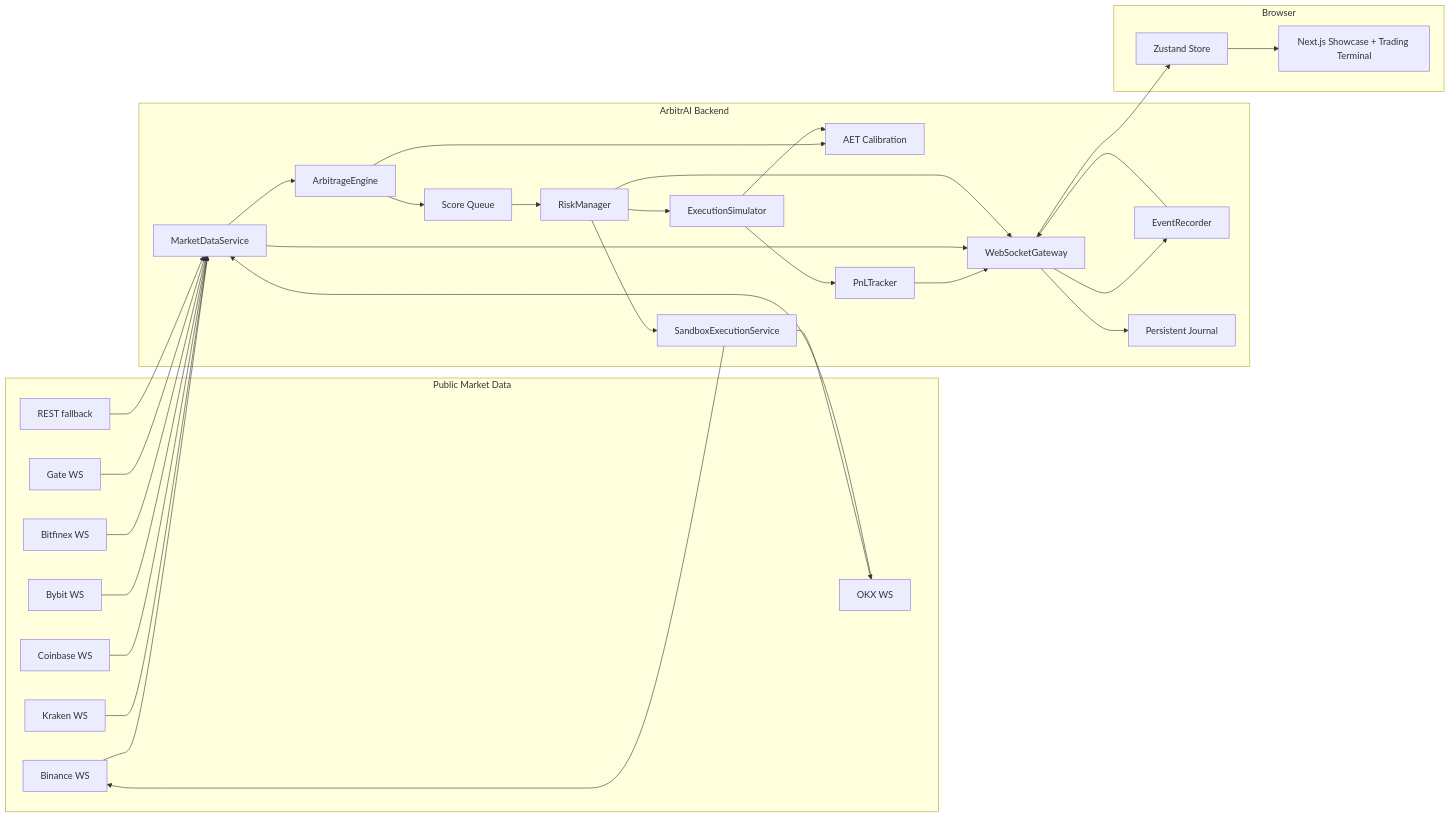
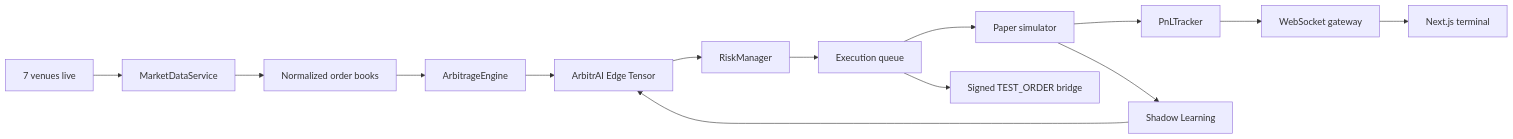
Before and after one commit to JoahanMorales/CODING_CHALLENGE_MEXICO: the diagram in README.md, drawn with Mermaid. The commit also changed other lines of this file and 8 other files, not shown here.

Commit message:
Stabilize live terminal and harden edge scoring

````diff
--- a/README.md
+++ b/README.md
@@ -469,59 +73,16 @@
 ```mermaid
 flowchart LR
-  subgraph "Public Market Data"
-    B["Binance WS"]
-    K["Kraken WS"]
-    C["Coinbase WS"]
-    O["OKX WS"]
-    Y["Bybit WS"]
-    F["Bitfinex WS"]
-    T["Gate WS"]
-    R["REST fallback"]
-  end
-
-  subgraph "ArbitrAI Backend"
-    M["MarketDataService"]
-    E["ArbitrageEngine"]
-    A["AET Calibration"]
-    Q["Score Queue"]
-    RM["RiskManager"]
-    X["ExecutionSimulator"]
-    S["SandboxExecutionService"]
-    P["PnLTracker"]
-    ER["EventRecorder"]
-    G["WebSocketGateway"]
-    J["Persistent Journal"]
-  end
-
-  subgraph "Browser"
-    Z["Zustand Store"]
-    UI["Next.js Showcase + Trading Terminal"]
-  end
-
-  B --> M
-  K --> M
-  C --> M
-  O --> M
-  Y --> M
-  F --> M
-  T --> M
-  R --> M
-  M --> E
-  E --> A
-  E --> Q
-  Q --> RM
-  RM --> X
-  X --> P
-  RM --> S
-  S --> B
-  S --> O
-  X --> A
-  G --> ER
-  ER --> G
-  P --> G
-  M --> G
-  RM --> G
-  G --> J
-  G --> Z
-  Z --> UI
+    V["7 venues live"] --> M["MarketDataService"]
+    M --> N["Normalized order books"]
+    N --> A["ArbitrageEngine"]
+    A --> E["ArbitrAI Edge Tensor"]
+    E --> R["RiskManager"]
+    R --> Q["Execution queue"]
+    Q --> P["Paper simulator"]
+    Q --> T["Signed TEST_ORDER bridge"]
+    P --> L["PnLTracker"]
+    P --> S["Shadow Learning"]
+    S --> E
+    L --> G["WebSocket gateway"]
+    G --> U["Next.js terminal"]
 ```
````
